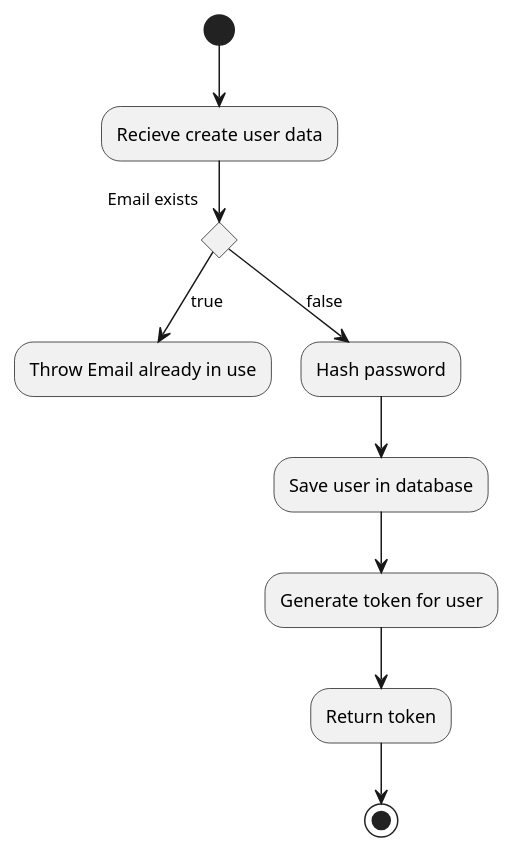
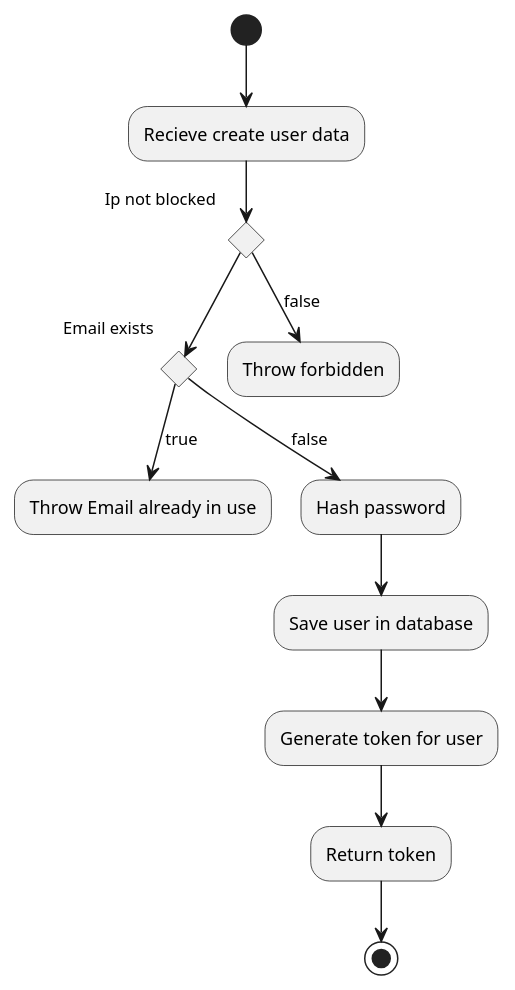
Before and after one commit to blackout1471/trust-us-school: the diagram in Docs/FlowCharts/CreateUserFlowChart.plantuml, drawn with PlantUML. The commit also changed 44 other files, not shown here.

```diff
--- a/Docs/FlowCharts/CreateUserFlowChart.plantuml
+++ b/Docs/FlowCharts/CreateUserFlowChart.plantuml
@@ -1,14 +1,17 @@
 @startuml Create User Flowchart
 
 (*) --> "Recieve create user data"
-if "Email exists" then
-  -->[true] "Throw Email already in use"
-else 
-  -->[false] "Hash password"
-  --> "Save user in database"
-  --> "Generate token for user"
-  --> "Return token"
-  --> (*)
-end if 
-
+if "Ip not blocked " then
+  if "Email exists" then
+    -->[true] "Throw Email already in use"
+  else 
+    -->[false] "Hash password"
+    --> "Save user in database"
+    --> "Generate token for user"
+    --> "Return token"
+    --> (*)
+  end if 
+  else
+  -->[false] "Throw forbidden"
+end if
 @enduml
```
